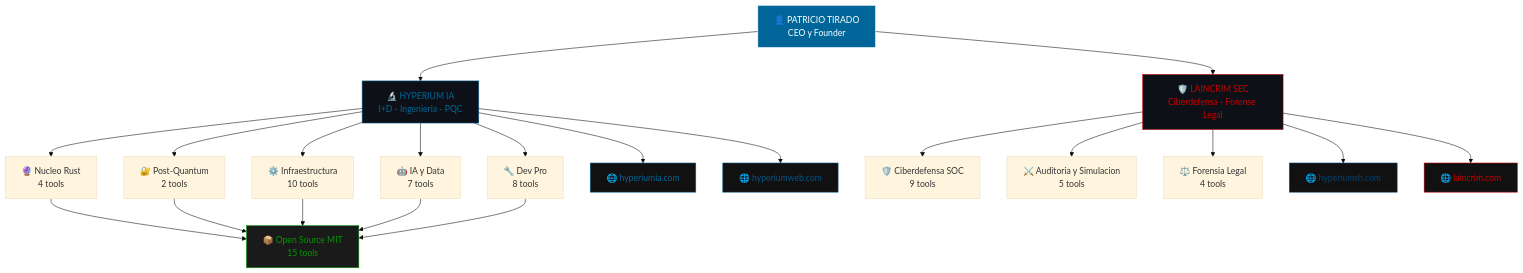
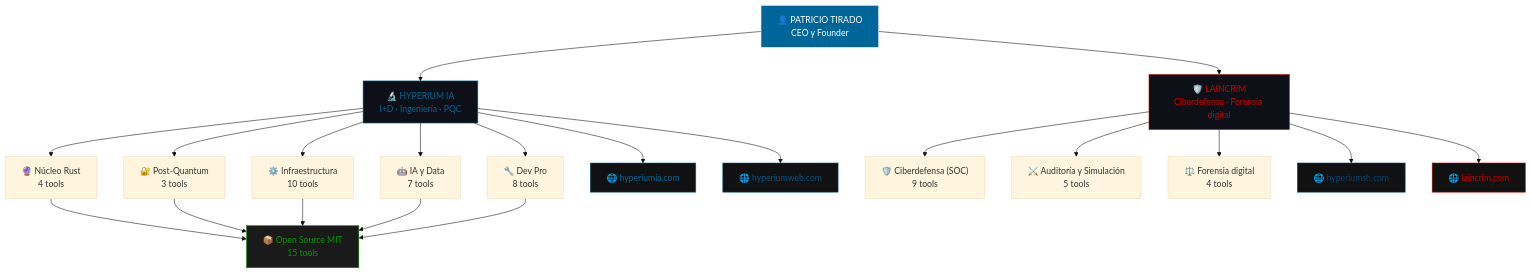
The diagram in README.md (hyperiumia/hyperiumia), drawn with Mermaid (base theme) before and after one commit. The commit also changed other lines of this file, not shown here.

````diff
--- a/README.md
+++ b/README.md
@@ -48,37 +48,37 @@
 ```mermaid
 graph TB
     CEO["👤 PATRICIO TIRADO<br/>CEO y Founder"]
 
-    CEO --> HA["🔬 HYPERIUM IA<br/>I+D - Ingenieria - PQC"]
-    CEO --> LS["🛡️ LAINCRIM SEC<br/>Ciberdefensa - Forense Legal"]
+    CEO --> HA["🔬 HYPERIUM IA<br/>I+D · Ingeniería · PQC"]
+    CEO --> LS["🛡️ LAINCRIM<br/>Ciberdefensa · Forensia digital"]
 
-    HA --> R1["🔮 Nucleo Rust<br/>4 tools"]
-    HA --> P1["🔐 Post-Quantum<br/>2 tools"]
+    HA --> R1["🔮 Núcleo Rust<br/>4 tools"]
+    HA --> P1["🔐 Post-Quantum<br/>3 tools"]
     HA --> I1["⚙️ Infraestructura<br/>10 tools"]
     HA --> A1["🤖 IA y Data<br/>7 tools"]
     HA --> D1["🔧 Dev Pro<br/>8 tools"]
 
-    LS --> S1["🛡️ Ciberdefensa SOC<br/>9 tools"]
-    LS --> T1["⚔️ Auditoria y Simulacion<br/>5 tools"]
-    LS --> F1["⚖️ Forensia Legal<br/>4 tools"]
+    LS --> S1["🛡️ Ciberdefensa (SOC)<br/>9 tools"]
+    LS --> T1["⚔️ Auditoría y Simulación<br/>5 tools"]
+    LS --> F1["⚖️ Forensia digital<br/>4 tools"]
 
     HA --> W1["🌐 hyperiumia.com"]
     HA --> W2["🌐 hyperiumweb.com"]
     LS --> W3["🌐 hyperiumsh.com"]
     LS --> W4["🌐 laincrim.com"]
 
     R1 --> OSS["📦 Open Source MIT<br/>15 tools"]
     P1 --> OSS
     I1 --> OSS
     A1 --> OSS
     D1 --> OSS
 
     style CEO fill:#006699,stroke:#fff,color:#fff
     style HA fill:#0d1117,stroke:#006699,color:#006699
     style LS fill:#0d1117,stroke:#cc0000,color:#cc0000
     style W1 fill:#111,stroke:#006699,color:#006699
     style W2 fill:#111,stroke:#005588,color:#005588
     style W3 fill:#111,stroke:#004477,color:#004477
     style W4 fill:#111,stroke:#cc0000,color:#cc0000
     style OSS fill:#1a1a1a,stroke:#009900,color:#009900
 ```
````
